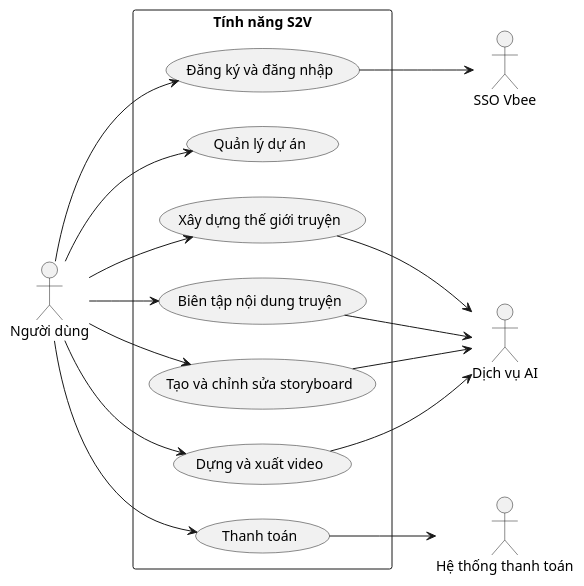
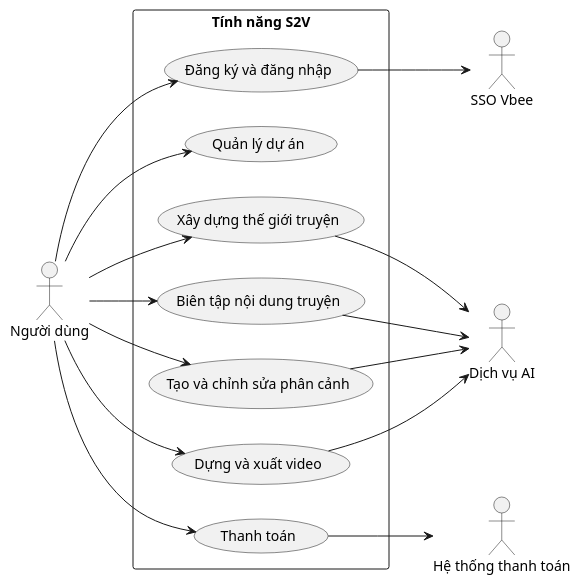
Before and after one commit to 202416852-anhpv/story2video-docs: the diagram in docs/bieu-do-uc/tong-quat.puml, drawn with PlantUML. The commit also changed 7 other files, not shown here.

```diff
--- a/docs/bieu-do-uc/tong-quat.puml
+++ b/docs/bieu-do-uc/tong-quat.puml
@@ -1,34 +1,34 @@
 @startuml tong-quat
 left to right direction
 
 actor "Người dùng" as User
 actor "SSO Vbee" as SSO
 actor "Dịch vụ AI" as AI_Service
 actor "Hệ thống thanh toán" as PAY_SYS
 
 rectangle "Tính năng S2V" {
     usecase "Đăng ký và đăng nhập" as UC_01
     usecase "Quản lý dự án" as UC_02
     usecase "Xây dựng thế giới truyện" as UC_03
     usecase "Biên tập nội dung truyện" as UC_04
-    usecase "Tạo và chỉnh sửa storyboard" as UC_05
+    usecase "Tạo và chỉnh sửa phân cảnh" as UC_05
     usecase "Dựng và xuất video" as UC_06
     usecase "Thanh toán" as UC_07
 }
 
 User --> UC_01
 User --> UC_02
 User --> UC_03
 User --> UC_04
 User --> UC_05
 User --> UC_06
 User --> UC_07
 
 UC_07 --> PAY_SYS
 UC_01 --> SSO
 UC_03 --> AI_Service
 UC_04 --> AI_Service
 UC_05 --> AI_Service
 UC_06 --> AI_Service
 
 @enduml
```
